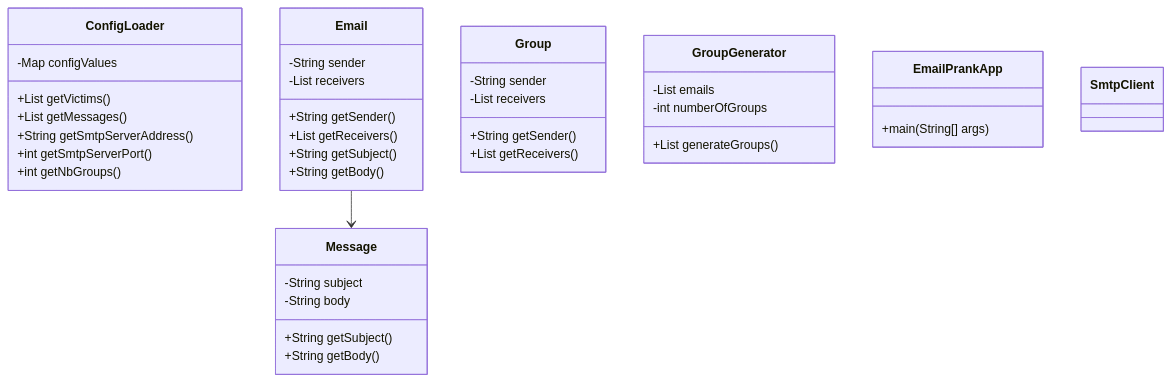
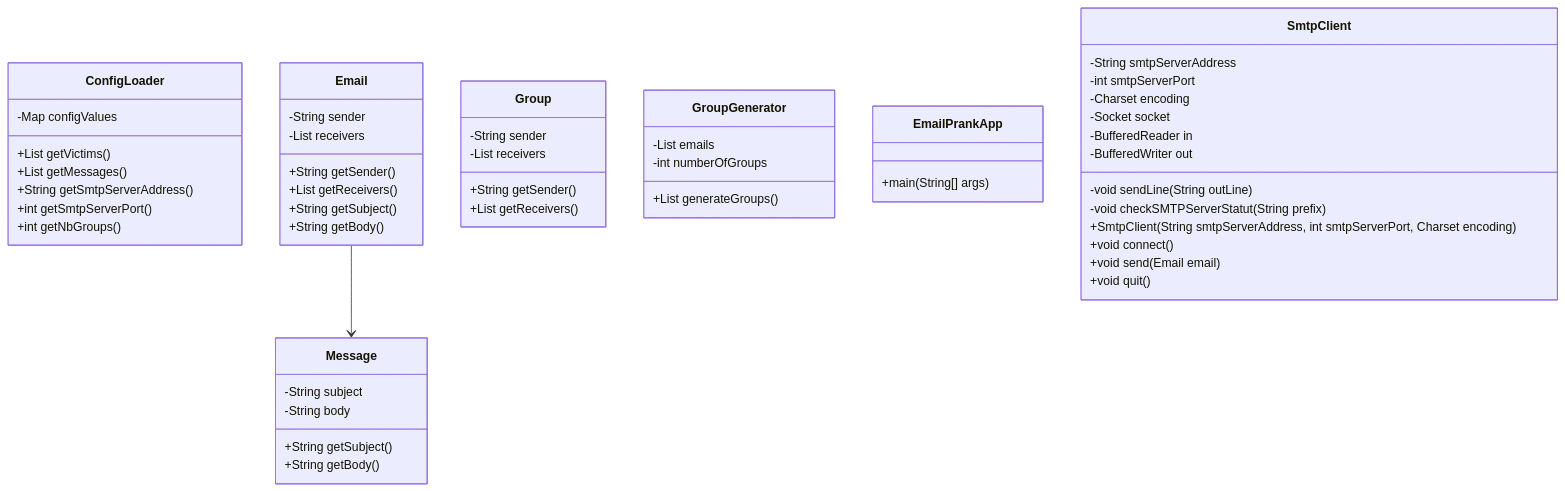
One commit to Anthony-Christen/dai-lab-smtp changed the first of 2 diagrams in README.md. Above: the diagram before and after it, drawn with Mermaid. The commit also changed other lines of this file and 1 other file, not shown here.

````diff
--- a/README.md
+++ b/README.md
@@ -100,49 +100,61 @@
 ```mermaid
 classDiagram
     class ConfigLoader {
         -Map<String, String> configValues
         +List<String> getVictims()
         +List<Message> getMessages()
         +String getSmtpServerAddress()
         +int getSmtpServerPort()
         +int getNbGroups()
     }
     
     class Email {
         -String sender
         -List<String> receivers
         +String getSender()
         +List<String> getReceivers()
         +String getSubject()
         +String getBody()
     }
     
     class Group {
         -String sender
         -List<String> receivers
         +String getSender()
         +List<String> getReceivers()
     }
     
     class GroupGenerator {
         -List<String> emails
         -int numberOfGroups
         +List<Group> generateGroups()
     }
     
     class Message {
         -String subject
         -String body
         +String getSubject()
         +String getBody()
     }
     
     class EmailPrankApp {
         +main(String[] args)
     }
     
     class SmtpClient {
+        -String smtpServerAddress
+        -int smtpServerPort
+        -Charset encoding
+        -Socket socket
+        -BufferedReader in
+        -BufferedWriter out
+        -void sendLine(String outLine)
+        -void checkSMTPServerStatut(String prefix)
+        +SmtpClient(String smtpServerAddress, int smtpServerPort, Charset encoding)
+        +void connect() 
+        +void send(Email email) 
+        +void quit()
     }
     
     Email --> Message
 ```
````
